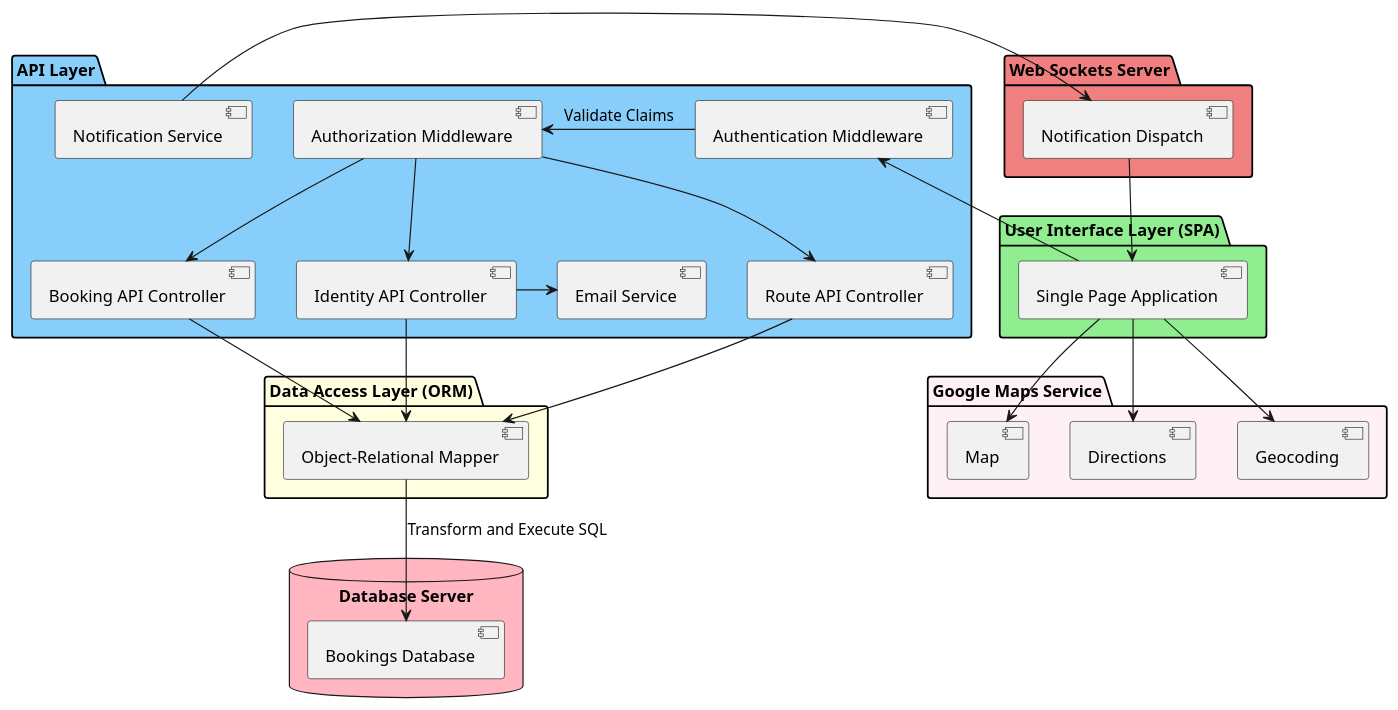
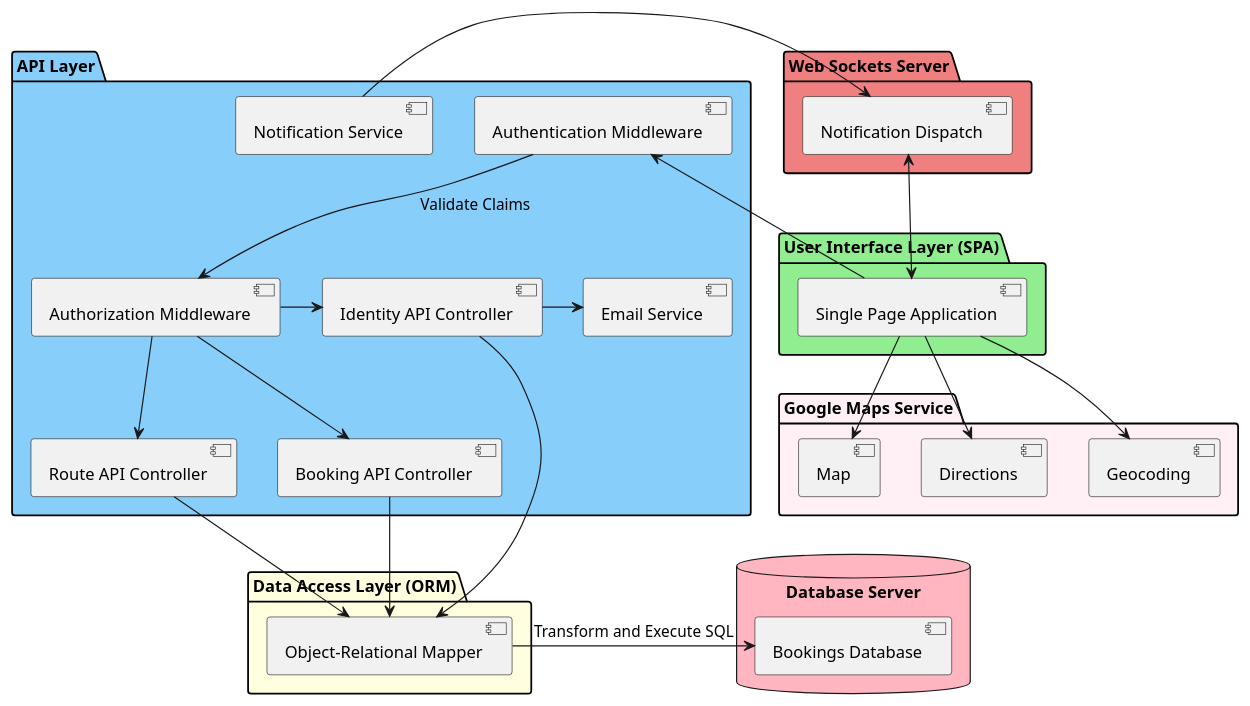
Before and after one commit to bsaranga/coach-tour-booking: the diagram in coach-tour-booking-web/uml_diagrams/arch.puml, drawn with PlantUML. The commit also changed 1 other file, not shown here.

```diff
--- a/coach-tour-booking-web/uml_diagrams/arch.puml
+++ b/coach-tour-booking-web/uml_diagrams/arch.puml
@@ -1,50 +1,50 @@
 @startuml
 package "User Interface Layer (SPA)" #LightGreen {
   [Single Page Application] as SPA
 }
 
 package "Google Maps Service" #LavenderBlush {
     [Map]
     [Directions]
     [Geocoding]
 }
 
 package "API Layer" #LightSkyBlue {
   [Identity API Controller] as IdentityAPI
   [Authentication Middleware] as AuthMiddleware
   [Authorization Middleware] as AuthorizationAPI
   [Route API Controller] as RouteAPI
   [Booking API Controller] as BookingAPI
   [Email Service] as EmailService
   [Notification Service] as Notif
 }
 
 package "Web Sockets Server" #LightCoral {
     [Notification Dispatch] as NotifDisp
 }
 
 package "Data Access Layer (ORM)" #LightYellow {
   [Object-Relational Mapper] as ORM
 }
 
 database "Database Server" #LightPink {
     [Bookings Database] as DB
 }
 
-SPA -> Map
-SPA -> Directions
+SPA -> AuthMiddleware
+SPA --> Map
+SPA --> Directions
 SPA --> Geocoding
-SPA -> AuthMiddleware
-AuthMiddleware -> AuthorizationAPI : Validate Claims
-AuthorizationAPI --> IdentityAPI
+Notif -> NotifDisp
+AuthMiddleware --> AuthorizationAPI : Validate Claims
+AuthorizationAPI -> IdentityAPI
 AuthorizationAPI --> RouteAPI
 AuthorizationAPI --> BookingAPI
 IdentityAPI -> "ORM"
 RouteAPI -> "ORM"
 BookingAPI --> "ORM"
 IdentityAPI -> EmailService
-ORM --> "DB" : Transform and Execute SQL
-Notif -> NotifDisp
-NotifDisp --> SPA
+ORM -> "DB" : Transform and Execute SQL
+NotifDisp <--> SPA
 
 @enduml
```
